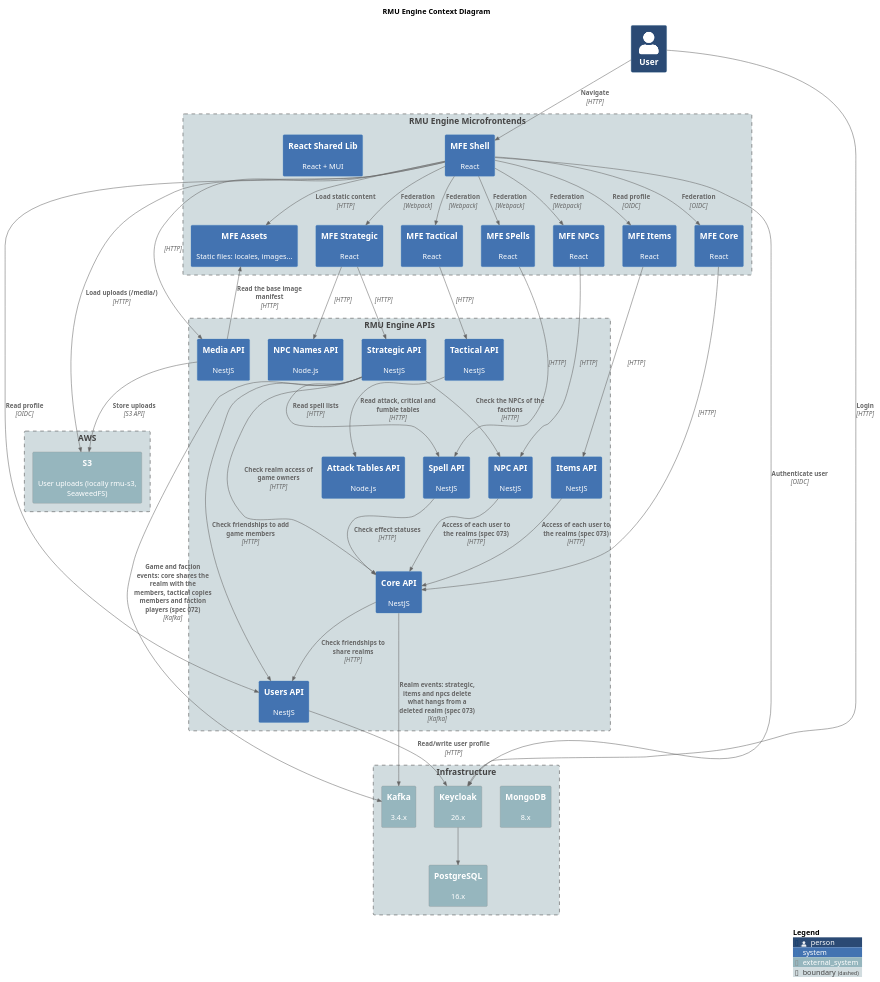
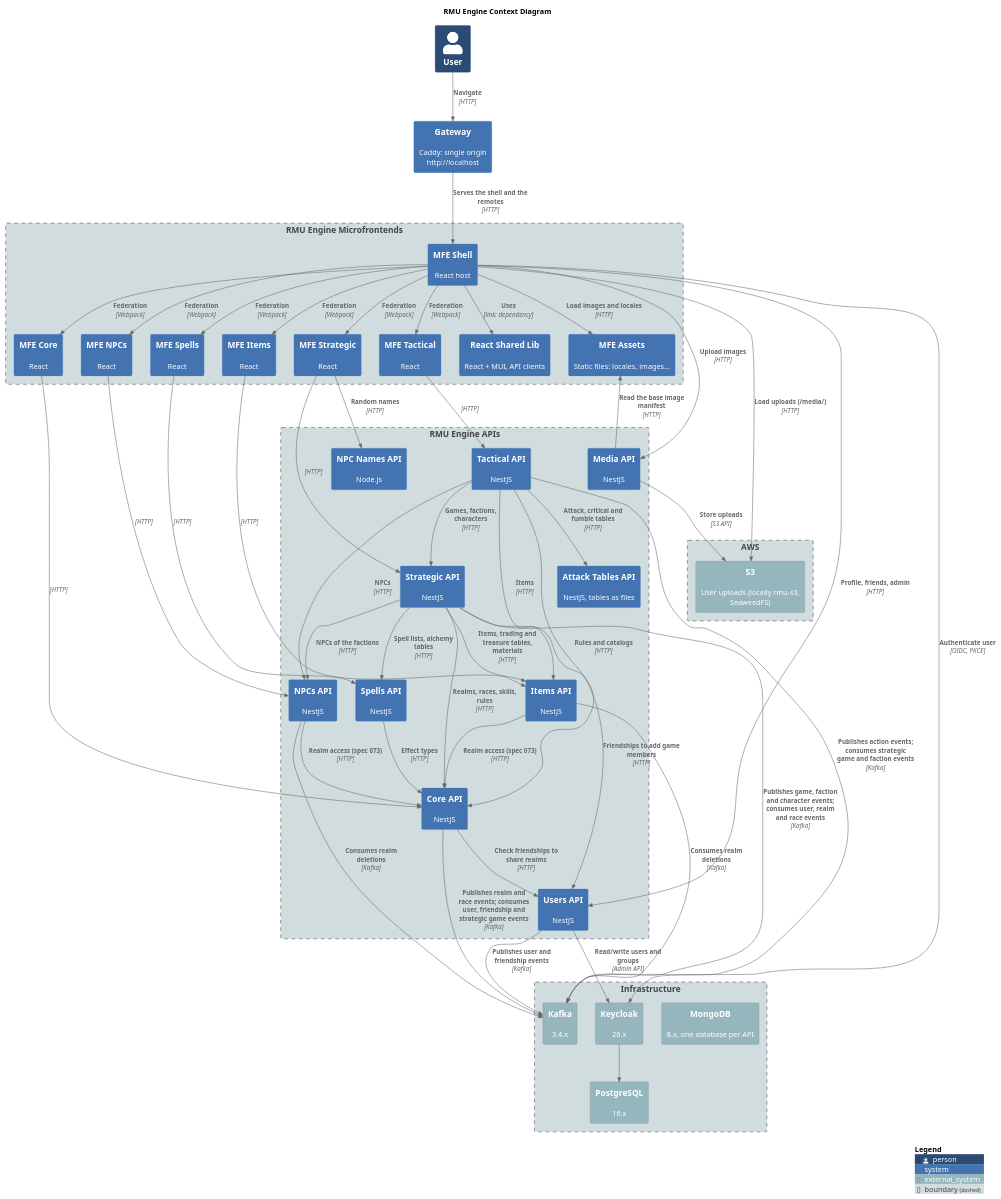
Before and after one commit to labcabrera/rmu-platform: the diagram in docs/architecture/diagrams/c4-context.plantuml, drawn with PlantUML. The commit also changed 18 other files, not shown here.

First line of the commit message:
build: remove Mongo Express from the tools profile

```diff
--- a/docs/architecture/diagrams/c4-context.plantuml
+++ b/docs/architecture/diagrams/c4-context.plantuml
@@ -1,103 +1,113 @@
 @startuml c4-context
 title RMU Engine Context Diagram
 
 !include https://raw.githubusercontent.com/plantuml-stdlib/C4-PlantUML/master/C4_Context.puml
 
 ' LAYOUT_LEFT_RIGHT()
 
 UpdateElementStyle(person, $bgColor="#2b4a74ff")
 UpdateElementStyle(system, $bgColor="#4373b1ff")
 UpdateElementStyle(external_system, $bgColor="#96b6beff")
 UpdateElementStyle(boundary, $bgColor="#d1dcdfff")
 
 Person(user, "User")
 
+System(gateway, "Gateway", "Caddy: single origin http://localhost")
+
 Boundary(frontend, "RMU Engine Microfrontends") {
-    System(rmu_mfe_shell, "MFE Shell", "React")
+    System(rmu_mfe_shell, "MFE Shell", "React host")
     System(rmu_mfe_core, "MFE Core", "React")
     System(rmu_mfe_strategic, "MFE Strategic", "React")
     System(rmu_mfe_tactical, "MFE Tactical", "React")
     System(rmu_mfe_items, "MFE Items", "React")
     System(rmu_mfe_npc, "MFE NPCs", "React")
-    System(rmu_mfe_spells, "MFE SPells", "React")
-    System(rmu_react_shared_lib, "React Shared Lib", "React + MUI")
+    System(rmu_mfe_spells, "MFE Spells", "React")
+    System(rmu_react_shared_lib, "React Shared Lib", "React + MUI, API clients")
     System(rmu_mfe_assets, "MFE Assets", "Static files: locales, images...")
 }
 
 Boundary(apis, "RMU Engine APIs") {
     System(rmu_api_users, "Users API", "NestJS")
     System(rmu_api_core, "Core API", "NestJS")
     System(rmu_api_strategic, "Strategic API", "NestJS")
     System(rmu_api_tactical, "Tactical API", "NestJS")
-    System(rmu_api_npc, "NPC API", "NestJS")
+    System(rmu_api_npc, "NPCs API", "NestJS")
     System(rmu_api_npc_names, "NPC Names API", "Node.js")
-    System(rmu_api_spells, "Spell API", "NestJS")
+    System(rmu_api_spells, "Spells API", "NestJS")
     System(rmu_api_items, "Items API", "NestJS")
-    System(rmu_api_attack_tables, "Attack Tables API", "Node.js")
+    System(rmu_api_attack_tables, "Attack Tables API", "NestJS, tables as files")
     System(rmu_api_media, "Media API", "NestJS")
 }
 
 Boundary(infrastructure, "Infrastructure") {
-    System_Ext(mongodb, "MongoDB", "8.x")
+    System_Ext(mongodb, "MongoDB", "8.x, one database per API")
     System_Ext(keycloak, "Keycloak", "26.x")
     System_Ext(kafka, "Kafka", "3.4.x")
     System_Ext(postgresql, "PostgreSQL", "16.x")
 }
 
 Boundary(aws, "AWS") {
     System_Ext(s3, "S3", "User uploads (locally rmu-s3, SeaweedFS)")
 }
 
-Rel(user, rmu_mfe_shell, "Navigate", "HTTP")
-Rel(user, keycloak, "Login", "HTTP")
+' Browser entry: everything goes through the gateway (/, /mfe/<name>/, /api/<name>/, /sso/, /media/).
+Rel(user, gateway, "Navigate", "HTTP")
+Rel(gateway, rmu_mfe_shell, "Serves the shell and the remotes", "HTTP")
 
-Rel(rmu_mfe_shell, rmu_mfe_core, "Federation", "OIDC")
+' Frontend composition. Every MFE uses the shared lib, whose components also call other APIs
+' (pickers, rule tables...); only the main API of each MFE is drawn.
+Rel(rmu_mfe_shell, rmu_mfe_core, "Federation", "Webpack")
 Rel(rmu_mfe_shell, rmu_mfe_strategic, "Federation", "Webpack")
 Rel(rmu_mfe_shell, rmu_mfe_tactical, "Federation", "Webpack")
-Rel(rmu_mfe_shell, rmu_mfe_items, "Read profile", "OIDC")
+Rel(rmu_mfe_shell, rmu_mfe_items, "Federation", "Webpack")
 Rel(rmu_mfe_shell, rmu_mfe_npc, "Federation", "Webpack")
 Rel(rmu_mfe_shell, rmu_mfe_spells, "Federation", "Webpack")
+Rel(rmu_mfe_shell, rmu_react_shared_lib, "Uses", "link: dependency")
 
-Rel(rmu_mfe_shell, rmu_api_users, "Read profile", "OIDC")
-Rel(rmu_mfe_shell, keycloak, "Authenticate user", "OIDC")
-Rel(rmu_mfe_shell, rmu_mfe_assets, "Load static content", "HTTP")
-Rel(rmu_mfe_shell, rmu_api_media, "", "HTTP")
+Rel(rmu_mfe_shell, keycloak, "Authenticate user", "OIDC, PKCE")
+Rel(rmu_mfe_shell, rmu_mfe_assets, "Load images and locales", "HTTP")
+Rel(rmu_mfe_shell, rmu_api_users, "Profile, friends, admin", "HTTP")
+Rel(rmu_mfe_shell, rmu_api_media, "Upload images", "HTTP")
+Rel(rmu_mfe_shell, s3, "Load uploads (/media/)", "HTTP")
 
 Rel(rmu_mfe_core, rmu_api_core, "", "HTTP")
-
 Rel(rmu_mfe_strategic, rmu_api_strategic, "", "HTTP")
-Rel(rmu_mfe_strategic, rmu_api_npc_names, "", "HTTP")
-
+Rel(rmu_mfe_strategic, rmu_api_npc_names, "Random names", "HTTP")
 Rel(rmu_mfe_tactical, rmu_api_tactical, "", "HTTP")
-
-Rel(rmu_api_users, keycloak, "Read/write user profile", "HTTP")
-
+Rel(rmu_mfe_items, rmu_api_items, "", "HTTP")
 Rel(rmu_mfe_npc, rmu_api_npc, "", "HTTP")
-
-Rel(rmu_mfe_items, rmu_api_items, "", "HTTP")
-
 Rel(rmu_mfe_spells, rmu_api_spells, "", "HTTP")
 
-Rel(rmu_api_tactical, rmu_api_attack_tables, "Read attack, critical and fumble tables", "HTTP")
-Rel(rmu_api_spells, rmu_api_core, "Check effect statuses", "HTTP")
+' Calls between APIs (RMU_API_<NAME>_URI).
 Rel(rmu_api_core, rmu_api_users, "Check friendships to share realms", "HTTP")
-Rel(rmu_api_strategic, rmu_api_spells, "Read spell lists", "HTTP")
-Rel(rmu_api_strategic, rmu_api_npc, "Check the NPCs of the factions", "HTTP")
-Rel(rmu_api_strategic, rmu_api_users, "Check friendships to add game members", "HTTP")
-Rel(rmu_api_strategic, rmu_api_core, "Check realm access of game owners", "HTTP")
-Rel(rmu_api_items, rmu_api_core, "Access of each user to the realms (spec 073)", "HTTP")
-Rel(rmu_api_npc, rmu_api_core, "Access of each user to the realms (spec 073)", "HTTP")
-Rel(rmu_api_strategic, kafka, "Game and faction events: core shares the realm with the members, tactical copies members and faction players (spec 072)", "Kafka")
-Rel(rmu_api_core, kafka, "Realm events: strategic, items and npcs delete what hangs from a deleted realm (spec 073)", "Kafka")
+Rel(rmu_api_items, rmu_api_core, "Realm access (spec 073)", "HTTP")
+Rel(rmu_api_npc, rmu_api_core, "Realm access (spec 073)", "HTTP")
+Rel(rmu_api_spells, rmu_api_core, "Effect types", "HTTP")
+Rel(rmu_api_strategic, rmu_api_core, "Realms, races, skills, rules", "HTTP")
+Rel(rmu_api_strategic, rmu_api_items, "Items, trading and treasure tables, materials", "HTTP")
+Rel(rmu_api_strategic, rmu_api_spells, "Spell lists, alchemy tables", "HTTP")
+Rel(rmu_api_strategic, rmu_api_npc, "NPCs of the factions", "HTTP")
+Rel(rmu_api_strategic, rmu_api_users, "Friendships to add game members", "HTTP")
+Rel(rmu_api_tactical, rmu_api_core, "Rules and catalogs", "HTTP")
+Rel(rmu_api_tactical, rmu_api_strategic, "Games, factions, characters", "HTTP")
+Rel(rmu_api_tactical, rmu_api_items, "Items", "HTTP")
+Rel(rmu_api_tactical, rmu_api_npc, "NPCs", "HTTP")
+Rel(rmu_api_tactical, rmu_api_attack_tables, "Attack, critical and fumble tables", "HTTP")
 
-' Attack API: no longer called by tactical since the combat plugin refactor (workspace spec 003).
+Rel(rmu_api_users, keycloak, "Read/write users and groups", "Admin API")
+Rel(rmu_api_media, s3, "Store uploads", "S3 API")
+Rel(rmu_api_media, rmu_mfe_assets, "Read the base image manifest", "HTTP")
+
+' Domain events (internal.<service>.<entity>.<event>.v1).
+Rel(rmu_api_users, kafka, "Publishes user and friendship events", "Kafka")
+Rel(rmu_api_core, kafka, "Publishes realm and race events; consumes user, friendship and strategic game events", "Kafka")
+Rel(rmu_api_strategic, kafka, "Publishes game, faction and character events; consumes user, realm and race events", "Kafka")
+Rel(rmu_api_tactical, kafka, "Publishes action events; consumes strategic game and faction events", "Kafka")
+Rel(rmu_api_items, kafka, "Consumes realm deletions", "Kafka")
+Rel(rmu_api_npc, kafka, "Consumes realm deletions", "Kafka")
 
 Rel(keycloak, postgresql, "", "")
-
-Rel(rmu_api_media, s3, "Store uploads", "S3 API")
-Rel(rmu_api_media, rmu_mfe_assets, "Read the base image manifest", "HTTP")
-Rel(rmu_mfe_shell, s3, "Load uploads (/media/)", "HTTP")
 
 SHOW_LEGEND()
 
 @enduml
```
